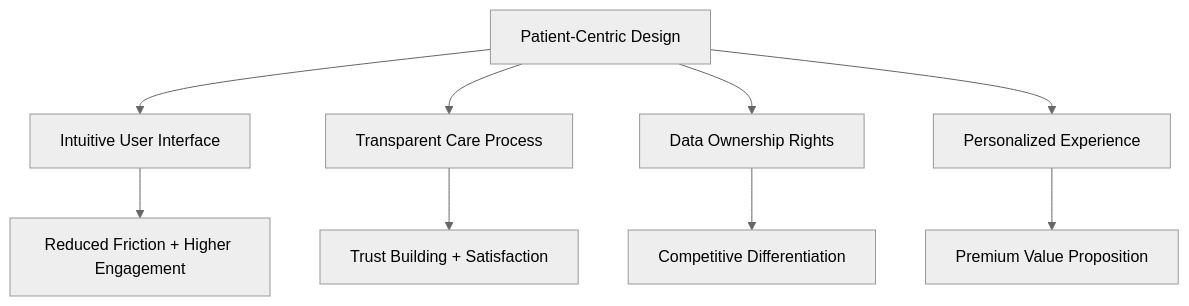
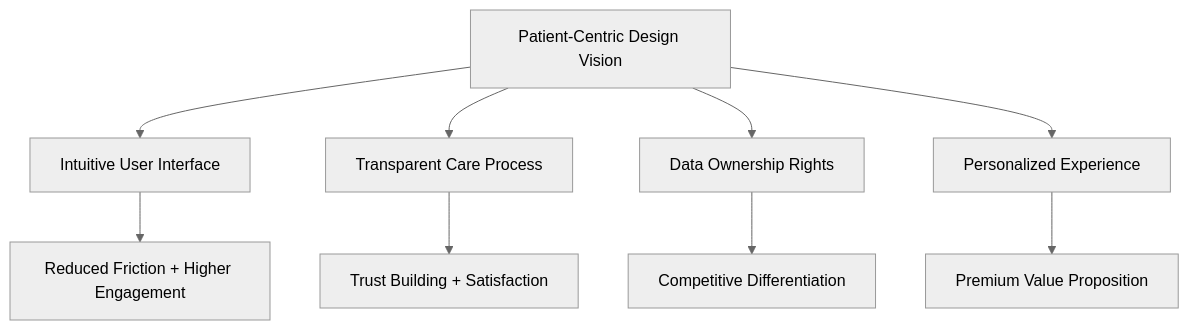
One commit to mydr24/book changed the fourth of 8 diagrams in chapters/01-healthcare-revolution.md. Above: the diagram before and after it, drawn with Mermaid (neutral theme). The commit also changed other lines of this file and 15 other files, not shown here.

````diff
--- a/chapters/01-healthcare-revolution.md
+++ b/chapters/01-healthcare-revolution.md
@@ -85,12 +87,12 @@
 ```mermaid
 graph TB
-    A[Patient-Centric Design] --> B[Intuitive User Interface]
+    A[Patient-Centric Design Vision] --> B[Intuitive User Interface]
     A --> C[Transparent Care Process]
     A --> D[Data Ownership Rights]
     A --> E[Personalized Experience]
     
     B --> F[Reduced Friction + Higher Engagement]
     C --> G[Trust Building + Satisfaction]
     D --> H[Competitive Differentiation]
     E --> I[Premium Value Proposition]
 ```
````
